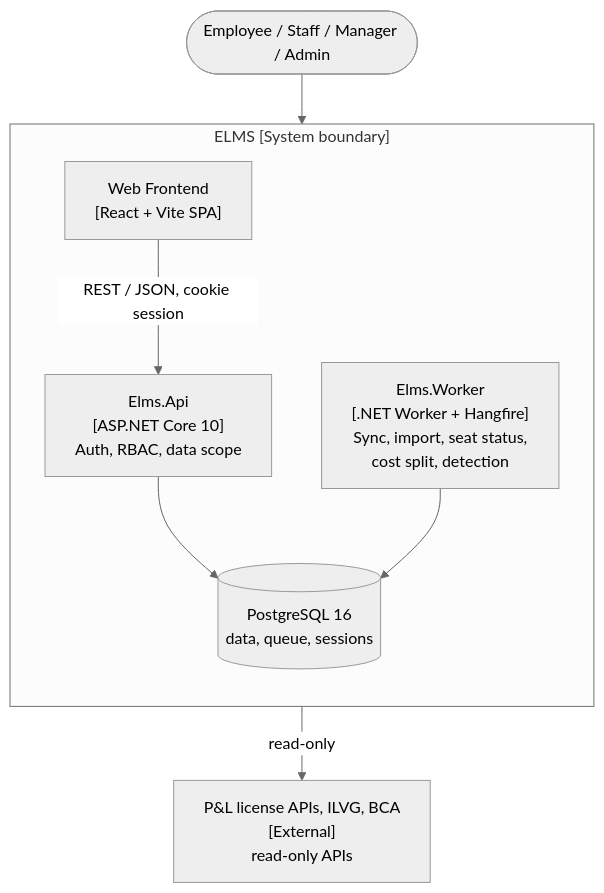
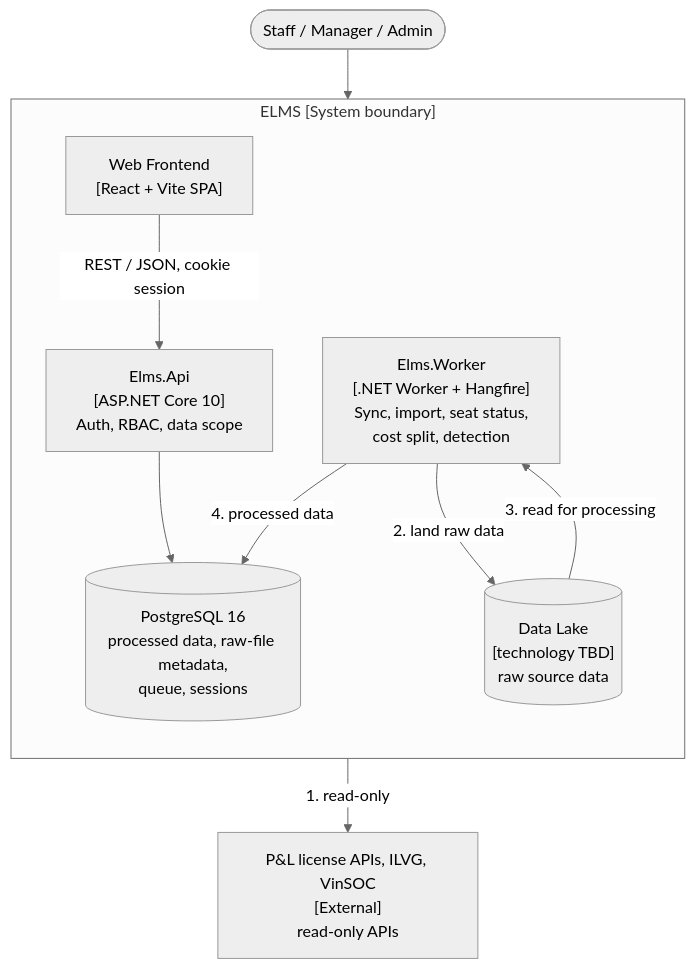
Before and after one commit to cuonglpv/VFast: the second of 2 diagrams in README.md, drawn with Mermaid (neutral theme). The commit also changed other lines of this file and 68 other files, not shown here.

First line of the commit message:
docs: add architecture docs (arc42, C4, UML) and restructure docs

````diff
--- a/README.md
+++ b/README.md
@@ -166,17 +171,20 @@
 ```mermaid
 flowchart TB
-    people(["Employee / Staff / Manager / Admin"])
-    providers["P&L license APIs, ILVG, BCA<br/>[External]<br/>read-only APIs"]
+    people(["Staff / Manager / Admin"])
+    providers["P&L license APIs, ILVG, VinSOC<br/>[External]<br/>read-only APIs"]
     subgraph platform["ELMS [System boundary]"]
         direction TB
         web["Web Frontend<br/>[React + Vite SPA]"]
         api["Elms.Api<br/>[ASP.NET Core 10]<br/>Auth, RBAC, data scope"]
         worker["Elms.Worker<br/>[.NET Worker + Hangfire]<br/>Sync, import, seat status,<br/>cost split, detection"]
-        db[("PostgreSQL 16<br/>data, queue, sessions")]
+        lake[("Data Lake<br/>[technology TBD]<br/>raw source data")]
+        db[("PostgreSQL 16<br/>processed data, raw-file metadata,<br/>queue, sessions")]
     end
     people --> web
     web -- "REST / JSON, cookie session" --> api
     api --> db
-    worker --> db
-    worker -- "read-only" --> providers
+    worker -- "1. read-only" --> providers
+    worker -- "2. land raw data" --> lake
+    lake -- "3. read for processing" --> worker
+    worker -- "4. processed data" --> db
 ```
````
